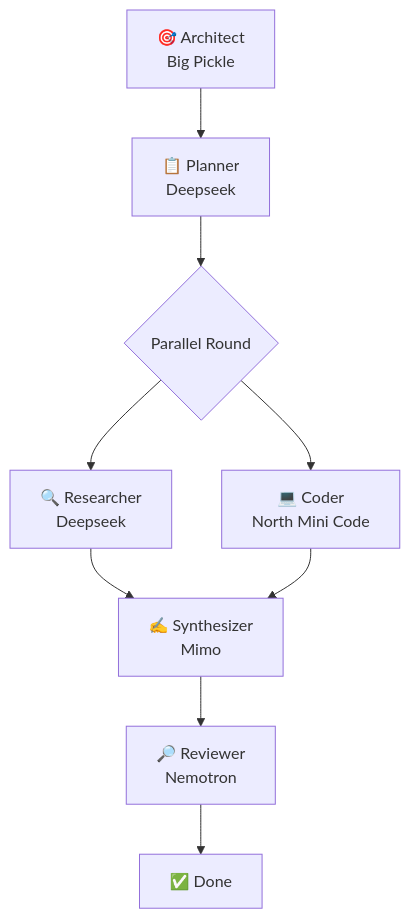
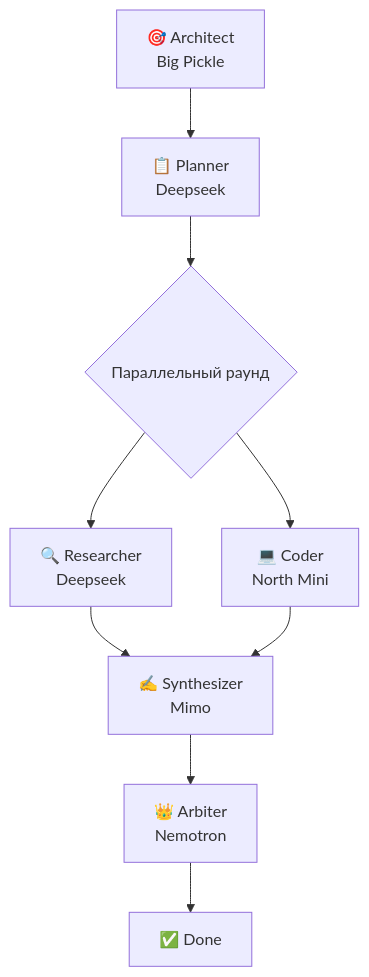
One commit to L-MORIA/hermes-multi-agent-orchestrator changed the third of 3 diagrams in ARCHITECTURE.md. Above: the diagram before and after it, drawn with Mermaid. The commit also changed other lines of this file and 7 other files, not shown here.

First line of the commit message:
v1.0.0: Full release — verified architecture, smoke test results, Nemotron as Arbiter

````diff
--- a/ARCHITECTURE.md
+++ b/ARCHITECTURE.md
@@ -54,11 +52,11 @@
 ```mermaid
 flowchart TD
     A[🎯 Architect<br/>Big Pickle] --> P[📋 Planner<br/>Deepseek]
-    P --> PARA{Parallel Round}
+    P --> PARA{Параллельный раунд}
     PARA --> R1[🔍 Researcher<br/>Deepseek]
-    PARA --> C1[💻 Coder<br/>North Mini Code]
+    PARA --> C1[💻 Coder<br/>North Mini]
     R1 --> SYN[✍️ Synthesizer<br/>Mimo]
     C1 --> SYN
-    SYN --> REV[🔎 Reviewer<br/>Nemotron]
-    REV --> DONE[✅ Done]
+    SYN --> ARB[👑 Arbiter<br/>Nemotron]
+    ARB --> DONE[✅ Done]
 ```
````
